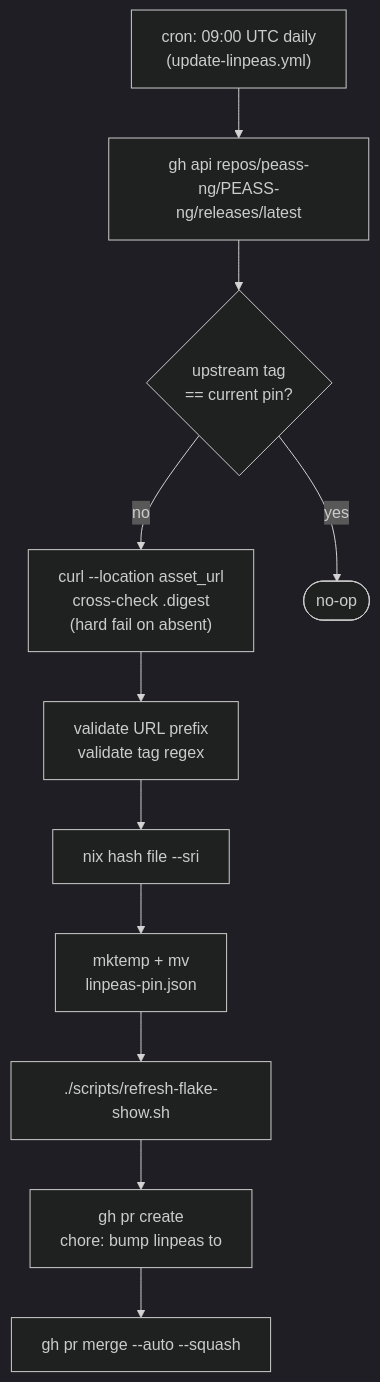
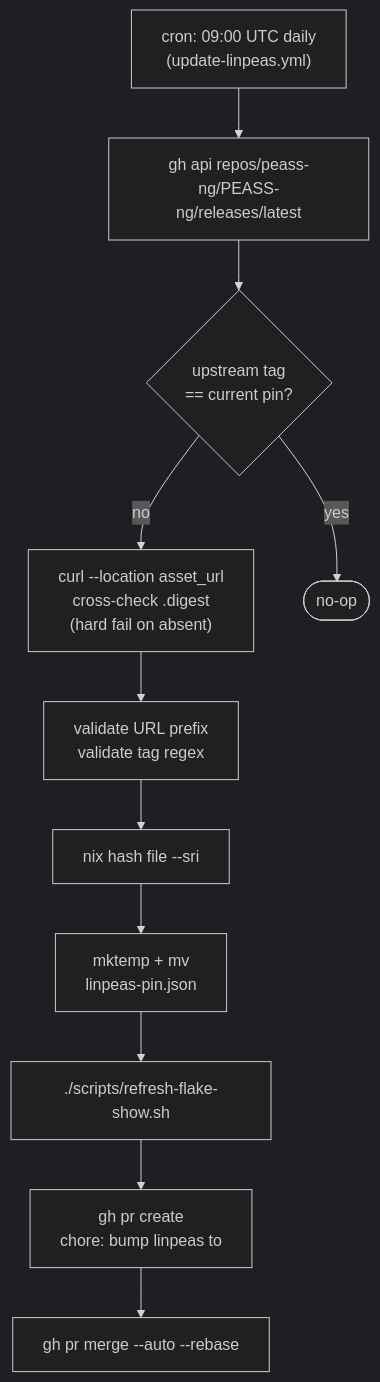
The first of 3 diagrams in docs/architecture/auto-update.md (rvenutolo/linPEAS-flake), drawn with Mermaid (dark theme) before and after one commit. The commit also changed other lines of this file and 4 other files, not shown here.

````diff
--- a/docs/architecture/auto-update.md
+++ b/docs/architecture/auto-update.md
@@ -7,18 +7,18 @@
 ```mermaid
 flowchart TD
   cron["cron: 09:00 UTC daily<br/>(update-linpeas.yml)"]
   api["gh api repos/peass-ng/PEASS-ng/releases/latest"]
   compare{"upstream tag<br/>== current pin?"}
   fetch["curl --location asset_url<br/>cross-check .digest<br/>(hard fail on absent)"]
   validate["validate URL prefix<br/>validate tag regex"]
   hash["nix hash file --sri"]
   write["mktemp + mv<br/>linpeas-pin.json"]
   show["./scripts/refresh-flake-show.sh"]
   pr["gh pr create<br/>chore: bump linpeas to <tag>"]
-  automerge["gh pr merge --auto --squash"]
+  automerge["gh pr merge --auto --rebase"]
   done(["no-op"])
 
   cron --> api --> compare
   compare -- yes --> done
   compare -- no --> fetch --> validate --> hash --> write --> show --> pr --> automerge
 ```
````
